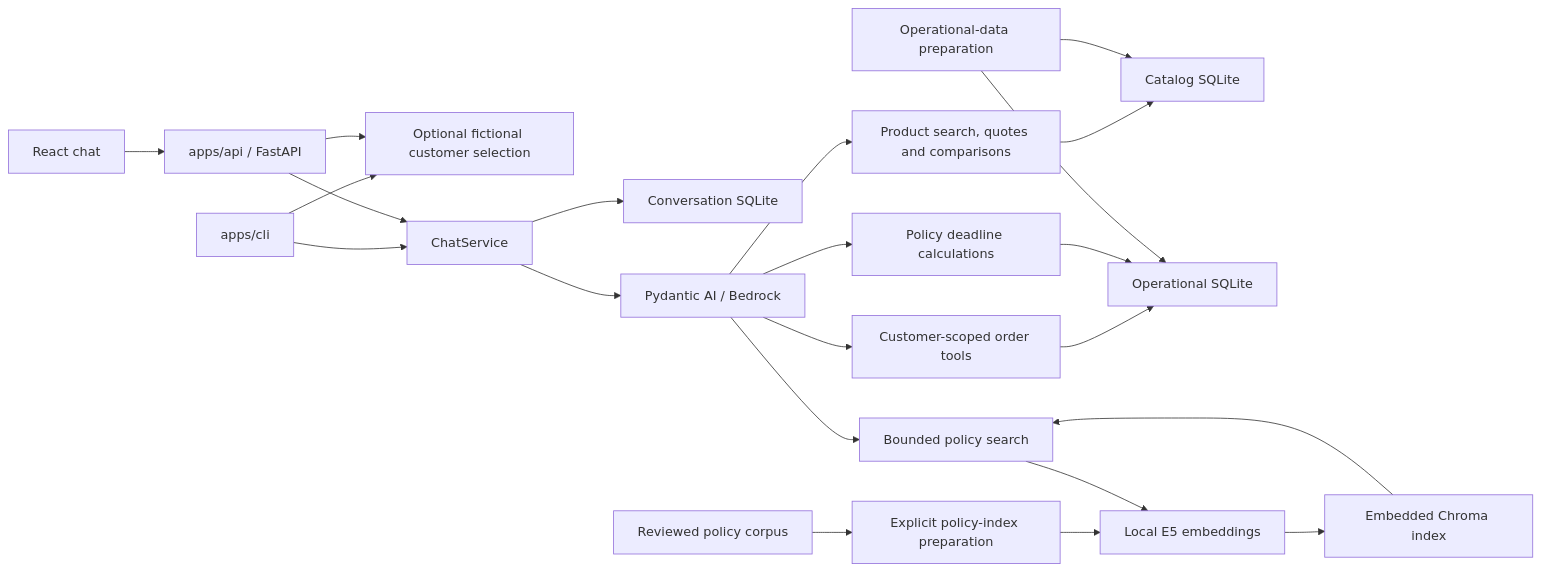
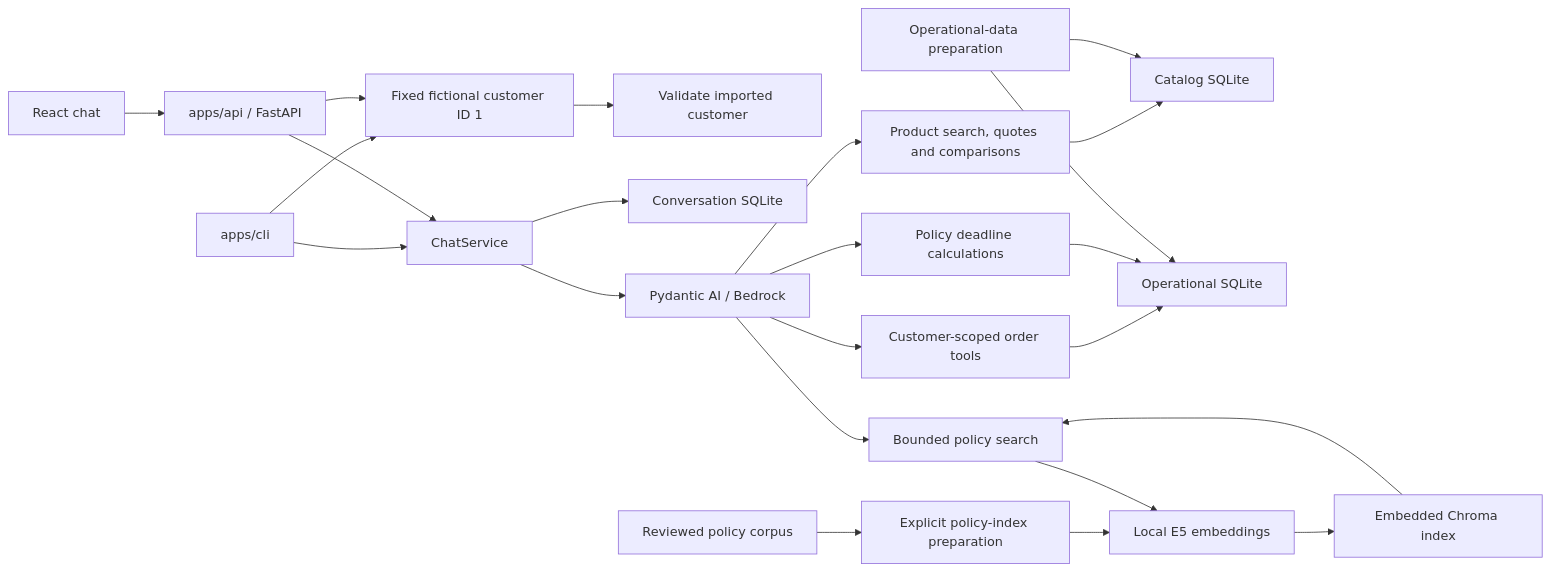
The diagram in docs/architecture.md (rafaself/atf-ai-engineer-challenge), drawn with Mermaid before and after one commit. The commit also changed other lines of this file and 39 other files, not shown here.

````diff
--- a/docs/architecture.md
+++ b/docs/architecture.md
@@ -5,24 +5,25 @@
 ```mermaid
 flowchart LR
     React[React chat] --> HTTP
-    CLI[apps/cli] --> Selection
+    CLI[apps/cli] --> Identity
     CLI --> Chat
-    HTTP[apps/api / FastAPI] --> Selection[Optional fictional customer selection]
+    HTTP[apps/api / FastAPI] --> Identity[Fixed fictional customer ID 1]
+    Identity --> Registry[Validate imported customer]
     HTTP --> Chat[ChatService]
     Chat --> History[Conversation SQLite]
     Chat --> Agent[Pydantic AI / Bedrock]
     Agent --> Products[Product search, quotes and comparisons]
     Agent --> Orders[Customer-scoped order tools]
     Agent --> Deadlines[Policy deadline calculations]
     Agent --> Policy[Bounded policy search]
     Products --> Catalog[Catalog SQLite]
     Orders --> Operations[Operational SQLite]
     Deadlines --> Operations
     Corpus[Reviewed policy corpus] --> IndexBuild[Explicit policy-index preparation]
     IndexBuild --> E5[Local E5 embeddings]
     Policy --> E5
     E5 --> Chroma[Embedded Chroma index]
     Chroma --> Policy
     Prepare[Operational-data preparation] --> Catalog
     Prepare --> Operations
 ```
````
